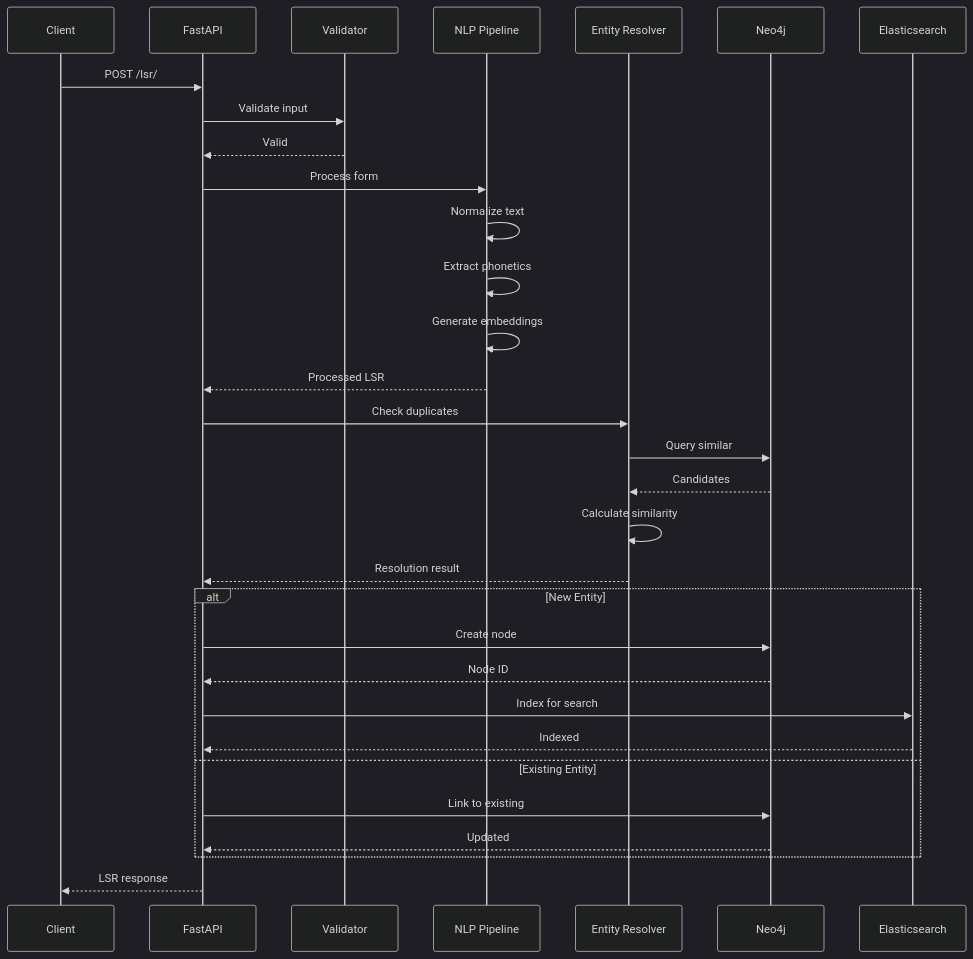
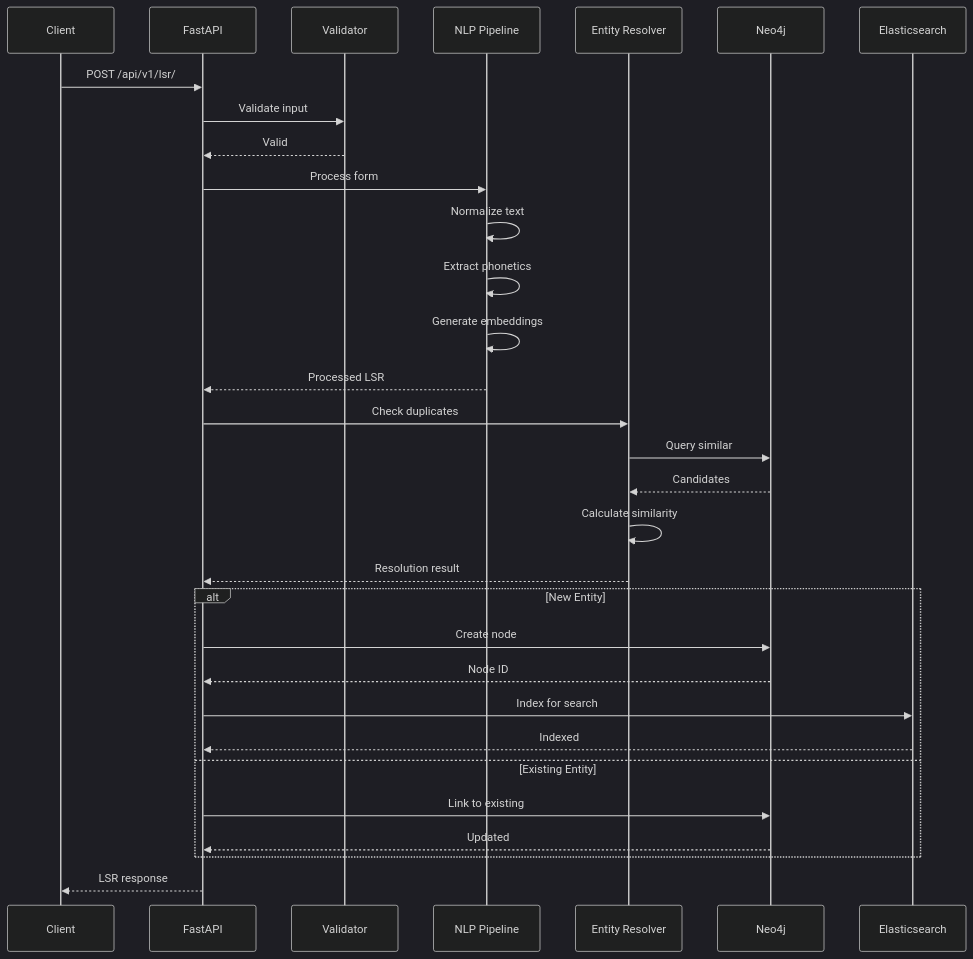
One commit to kase1111-hash/Lexicon changed the second of 9 diagrams in docs/architecture.md. Above: the diagram before and after it, drawn with Mermaid (dark theme). The commit also changed other lines of this file and 6 other files, not shown here.

````diff
--- a/docs/architecture.md
+++ b/docs/architecture.md
@@ -157,38 +135,38 @@
 ```mermaid
 sequenceDiagram
     participant C as Client
     participant API as FastAPI
     participant VAL as Validator
     participant NLP as NLP Pipeline
     participant ER as Entity Resolver
     participant NEO as Neo4j
     participant ES as Elasticsearch
 
-    C->>API: POST /lsr/
+    C->>API: POST /api/v1/lsr/
     API->>VAL: Validate input
     VAL-->>API: Valid
 
     API->>NLP: Process form
     NLP->>NLP: Normalize text
     NLP->>NLP: Extract phonetics
     NLP->>NLP: Generate embeddings
     NLP-->>API: Processed LSR
 
     API->>ER: Check duplicates
     ER->>NEO: Query similar
     NEO-->>ER: Candidates
     ER->>ER: Calculate similarity
     ER-->>API: Resolution result
 
     alt New Entity
         API->>NEO: Create node
         NEO-->>API: Node ID
         API->>ES: Index for search
         ES-->>API: Indexed
     else Existing Entity
         API->>NEO: Link to existing
         NEO-->>API: Updated
     end
 
     API-->>C: LSR response
 ```
````
